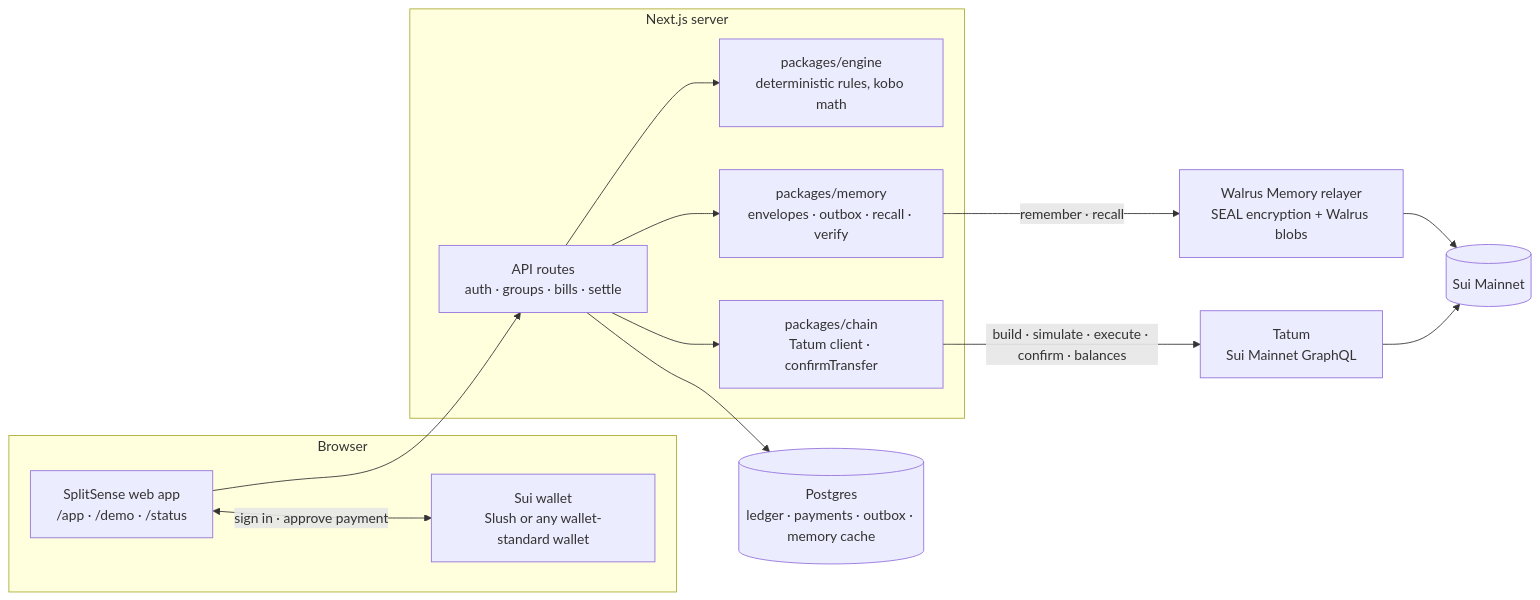
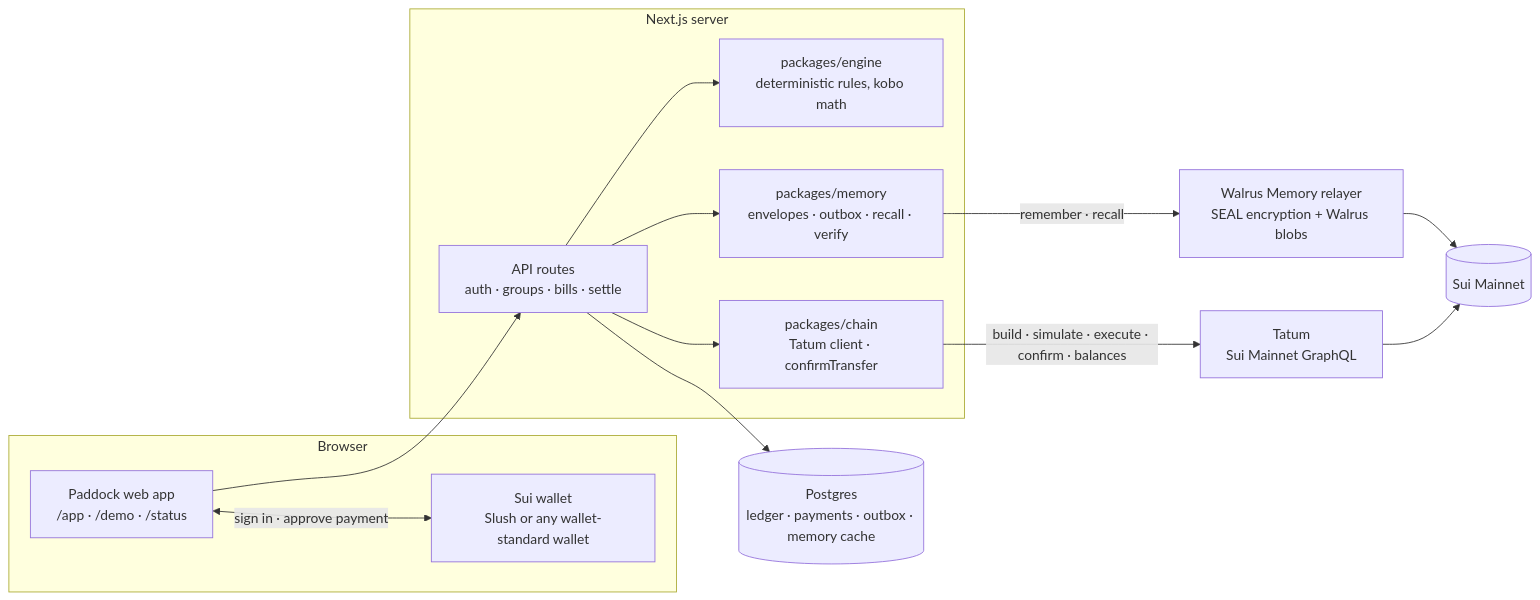
Before and after one commit to 0xGp/Paddock: the first of 3 diagrams in README.md, drawn with Mermaid. The commit also changed other lines of this file and 44 other files, not shown here.

First line of the commit message:
Rename the app to Paddock and give it a money logo

````diff
--- a/README.md
+++ b/README.md
@@ -147,28 +149,28 @@
 ```mermaid
 flowchart LR
   subgraph Browser
-    UI["SplitSense web app<br/>/app · /demo · /status"]
+    UI["Paddock web app<br/>/app · /demo · /status"]
     W["Sui wallet<br/>Slush or any wallet-standard wallet"]
   end
   subgraph Server["Next.js server"]
     API["API routes<br/>auth · groups · bills · settle"]
     ENG["packages/engine<br/>deterministic rules, kobo math"]
     MEM["packages/memory<br/>envelopes · outbox · recall · verify"]
     CHAIN["packages/chain<br/>Tatum client · confirmTransfer"]
   end
   PG[("Postgres<br/>ledger · payments · outbox · memory cache")]
   T["Tatum<br/>Sui Mainnet GraphQL"]
   WM["Walrus Memory relayer<br/>SEAL encryption + Walrus blobs"]
   SUI[("Sui Mainnet")]
 
   UI --> API
   UI <-->|"sign in · approve payment"| W
   API --> ENG
   API --> MEM
   API --> CHAIN
   API --> PG
   MEM -->|"remember · recall"| WM
   WM --> SUI
   CHAIN -->|"build · simulate · execute · confirm · balances"| T
   T --> SUI
 ```
````
